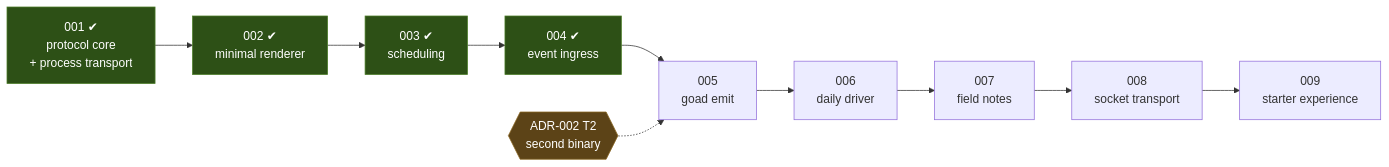
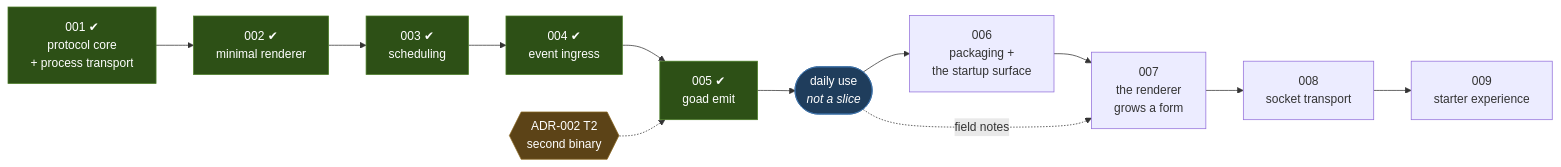
One commit to davidlee/goad changed the diagram in docs/roadmap.md. Above: the diagram before and after it, drawn with Mermaid. The commit also changed other lines of this file and 1 other file, not shown here.

First line of the commit message:
roadmap: the 006/007 re-cut, and `just install`

````diff
--- a/docs/roadmap.md
+++ b/docs/roadmap.md
@@ -58,22 +74,26 @@
 ```mermaid
 graph LR
   S1["001 ✔<br/>protocol core<br/>+ process transport"]
   S2["002 ✔<br/>minimal renderer"]
   S3["003 ✔<br/>scheduling"]
   S4["004 ✔<br/>event ingress"]
-  S5["005<br/>goad emit"]
-  S6["006<br/>daily driver"]
-  S7["007<br/>field notes"]
+  S5["005 ✔<br/>goad emit"]
+  USE(["daily use<br/><i>not a slice</i>"])
+  S6["006<br/>packaging +<br/>the startup surface"]
+  S7["007<br/>the renderer<br/>grows a form"]
   S8["008<br/>socket transport"]
   S9["009<br/>starter experience"]
 
   T2{{"ADR-002 T2<br/>second binary"}}
 
-  S1 --> S2 --> S3 --> S4 --> S5 --> S6 --> S7 --> S8 --> S9
+  S1 --> S2 --> S3 --> S4 --> S5 --> USE --> S6 --> S7 --> S8 --> S9
   T2 -.-> S5
+  USE -.->|field notes| S7
 
   classDef done fill:#2d5016,stroke:#4a7c26,color:#fff
   classDef trigger fill:#5c4317,stroke:#8a6620,color:#fff
-  class S1,S2,S3,S4 done
+  classDef use fill:#1f3d5c,stroke:#3a6ea5,color:#fff
+  class S1,S2,S3,S4,S5 done
   class T2 trigger
+  class USE use
 ```
````
